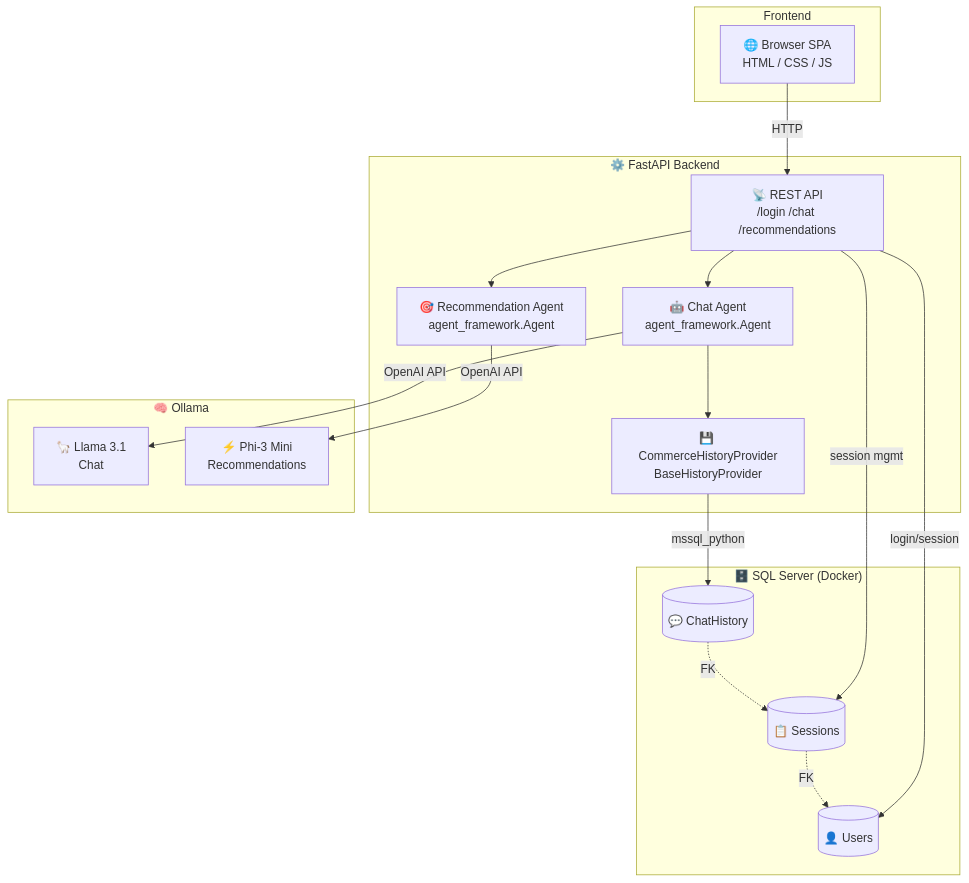
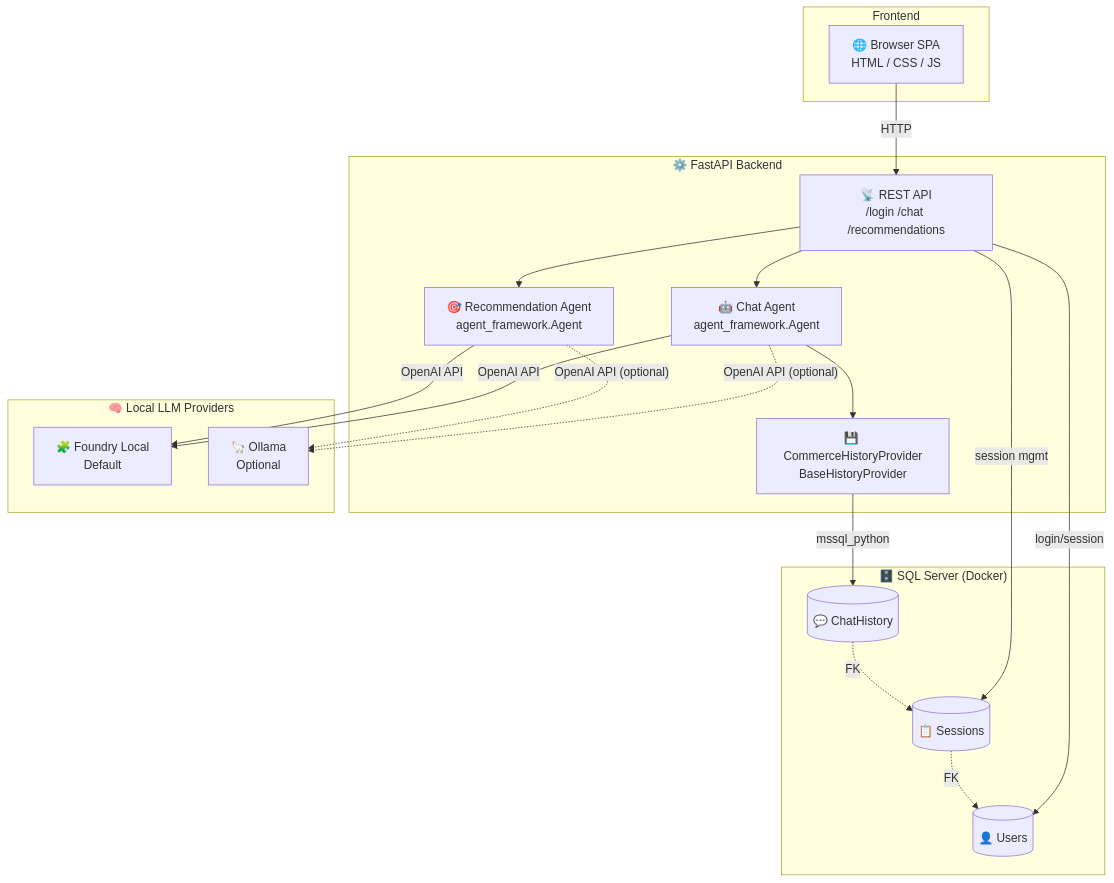
One commit to softchris/ecommerce-agent-memory changed the diagram in README.md. Above: the diagram before and after it, drawn with Mermaid. The commit also changed other lines of this file and 2 other files, not shown here.

````diff
--- a/README.md
+++ b/README.md
@@ -22,36 +28,38 @@
 ```mermaid
 graph TB
     subgraph Frontend
         UI["🌐 Browser SPA<br/>HTML / CSS / JS"]
     end
 
     subgraph Backend["⚙️ FastAPI Backend"]
         API["📡 REST API<br/>/login /chat /recommendations"]
         CA["🤖 Chat Agent<br/>agent_framework.Agent"]
         RA["🎯 Recommendation Agent<br/>agent_framework.Agent"]
         HP["💾 CommerceHistoryProvider<br/>BaseHistoryProvider"]
     end
 
-    subgraph AI["🧠 Ollama"]
-        L3["🦙 Llama 3.1<br/>Chat"]
-        PHI["⚡ Phi-3 Mini<br/>Recommendations"]
+    subgraph AI["🧠 Local LLM Providers"]
+        FL["🧩 Foundry Local<br/>Default"]
+        OL["🦙 Ollama<br/>Optional"]
     end
 
     subgraph Data["🗄️ SQL Server (Docker)"]
         UDB[("👤 Users")]
         SDB[("📋 Sessions")]
         HDB[("💬 ChatHistory")]
     end
 
     UI -->|"HTTP"| API
     API --> CA
     API --> RA
     CA --> HP
-    CA -->|"OpenAI API"| L3
-    RA -->|"OpenAI API"| PHI
+    CA -->|"OpenAI API"| FL
+    CA -. "OpenAI API (optional)" .-> OL
+    RA -->|"OpenAI API"| FL
+    RA -. "OpenAI API (optional)" .-> OL
     HP -->|"mssql_python"| HDB
     API -->|"login/session"| UDB
     API -->|"session mgmt"| SDB
     SDB -.->|"FK"| UDB
     HDB -.->|"FK"| SDB
 ```
````
